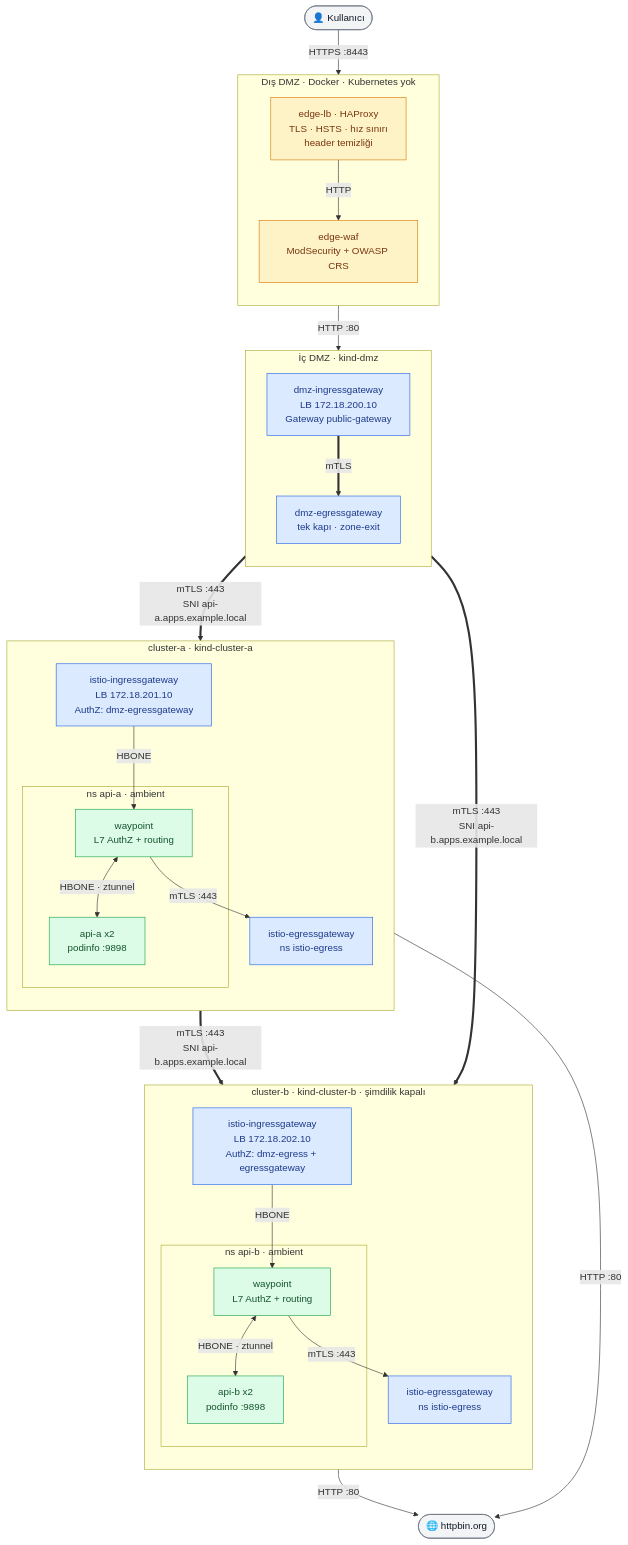
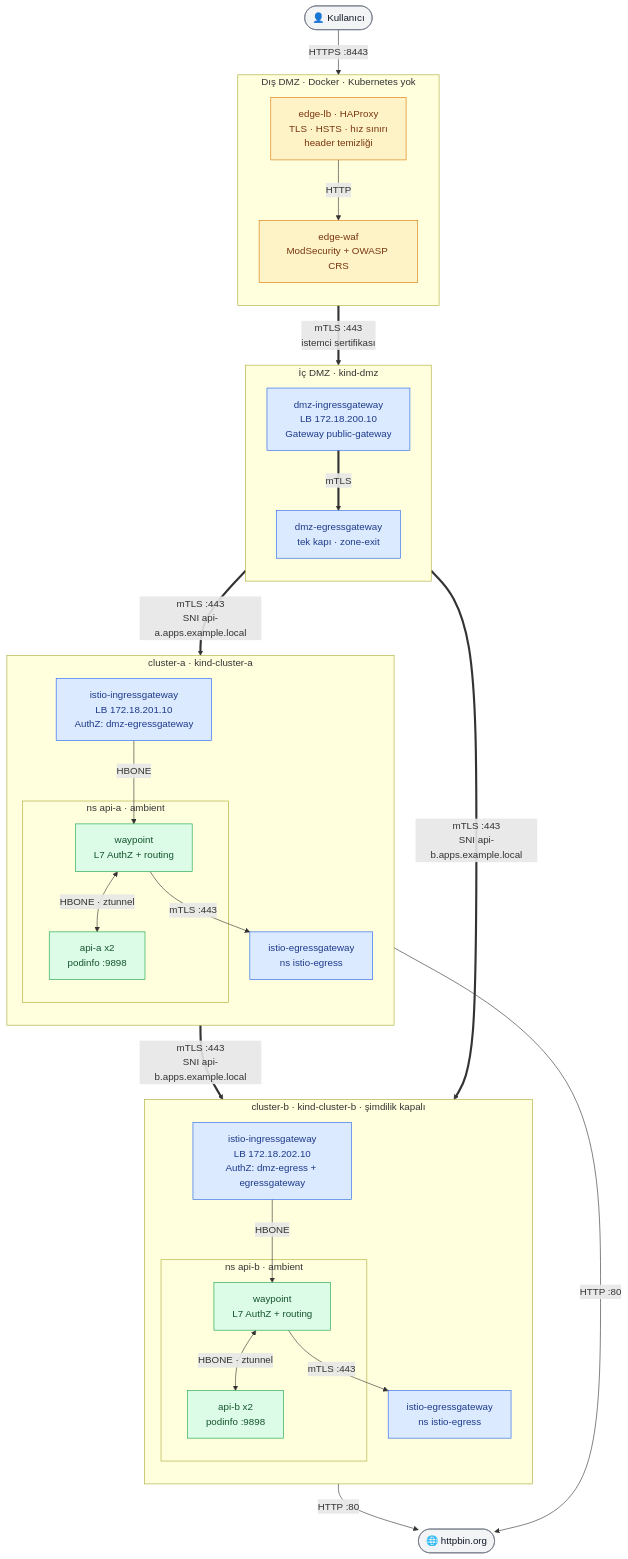
The third of 10 diagrams in README.md (olgunyldz/service-mesh-lab), drawn with Mermaid before and after one commit. The commit also changed other lines of this file and 24 other files, not shown here.

````diff
--- a/README.md
+++ b/README.md
@@ -120,62 +125,62 @@
 ```mermaid
 flowchart TB
     user(["👤 Kullanıcı"])
     internet(["🌐 httpbin.org"])
 
     subgraph EDGE["Dış DMZ · Docker · Kubernetes yok"]
         direction TB
         haproxy["edge-lb · HAProxy<br/>TLS · HSTS · hız sınırı<br/>header temizliği"]
         waf["edge-waf<br/>ModSecurity + OWASP CRS"]
         haproxy -->|"HTTP"| waf
     end
 
     subgraph DMZ["İç DMZ · kind-dmz"]
         direction TB
         dmzgw["dmz-ingressgateway<br/>LB 172.18.200.10<br/>Gateway public-gateway"]
         dmzeg["dmz-egressgateway<br/>tek kapı · zone-exit"]
         dmzgw ==>|"mTLS"| dmzeg
     end
 
     subgraph A["cluster-a · kind-cluster-a"]
         direction TB
         agw["istio-ingressgateway<br/>LB 172.18.201.10<br/>AuthZ: dmz-egressgateway"]
         subgraph nsa["ns api-a · ambient"]
             awp["waypoint<br/>L7 AuthZ + routing"]
             aapi["api-a x2<br/>podinfo :9898"]
         end
         aeg["istio-egressgateway<br/>ns istio-egress"]
         agw -->|"HBONE"| awp
         awp <-->|"HBONE · ztunnel"| aapi
         awp -->|"mTLS :443"| aeg
     end
 
     subgraph B["cluster-b · kind-cluster-b · şimdilik kapalı"]
         direction TB
         bgw["istio-ingressgateway<br/>LB 172.18.202.10<br/>AuthZ: dmz-egress + egressgateway"]
         subgraph nsb["ns api-b · ambient"]
             bwp["waypoint<br/>L7 AuthZ + routing"]
             bapi["api-b x2<br/>podinfo :9898"]
         end
         beg["istio-egressgateway<br/>ns istio-egress"]
         bgw -->|"HBONE"| bwp
         bwp <-->|"HBONE · ztunnel"| bapi
         bwp -->|"mTLS :443"| beg
     end
 
     user -->|"HTTPS :8443"| haproxy
-    waf -->|"HTTP :80"| dmzgw
+    waf ==>|"mTLS :443<br/>istemci sertifikası"| dmzgw
     dmzeg ==>|"mTLS :443<br/>SNI api-a.apps.example.local"| agw
     dmzeg ==>|"mTLS :443<br/>SNI api-b.apps.example.local"| bgw
     aeg ==>|"mTLS :443<br/>SNI api-b.apps.example.local"| bgw
     aeg -->|"HTTP :80"| internet
     beg -->|"HTTP :80"| internet
 
     classDef gw fill:#dbeafe,stroke:#2563eb,color:#1e3a8a
     classDef app fill:#dcfce7,stroke:#16a34a,color:#14532d
     classDef edge fill:#fef3c7,stroke:#d97706,color:#78350f
     classDef ext fill:#f3f4f6,stroke:#6b7280,color:#111827
     class dmzgw,dmzeg,agw,bgw,aeg,beg gw
     class awp,bwp,aapi,bapi app
     class haproxy,waf edge
     class user,internet ext
 ```
````
